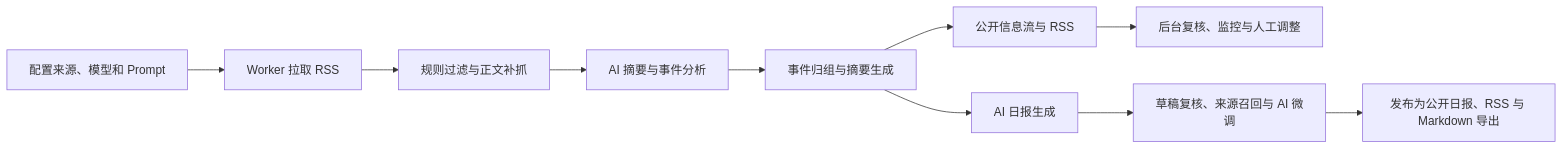
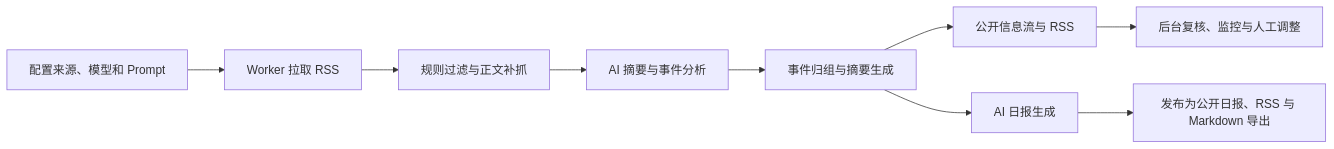
Before and after one commit to CrazyForks/infinitum: the diagram in README.md, drawn with Mermaid. The commit also changed other lines of this file and 1 other file, not shown here.

````diff
--- a/README.md
+++ b/README.md
@@ -51,12 +51,11 @@
 ```mermaid
 flowchart LR
     A["配置来源、模型和 Prompt"] --> B["Worker 拉取 RSS"]
     B --> C["规则过滤与正文补抓"]
     C --> D["AI 摘要与事件分析"]
     D --> E["事件归组与摘要生成"]
     E --> F["公开信息流与 RSS"]
     F --> G["后台复核、监控与人工调整"]
     E --> H["AI 日报生成"]
-    H --> I["草稿复核、来源召回与 AI 微调"]
-    I --> J["发布为公开日报、RSS 与 Markdown 导出"]
+    H --> J["发布为公开日报、RSS 与 Markdown 导出"]
 ```
````
